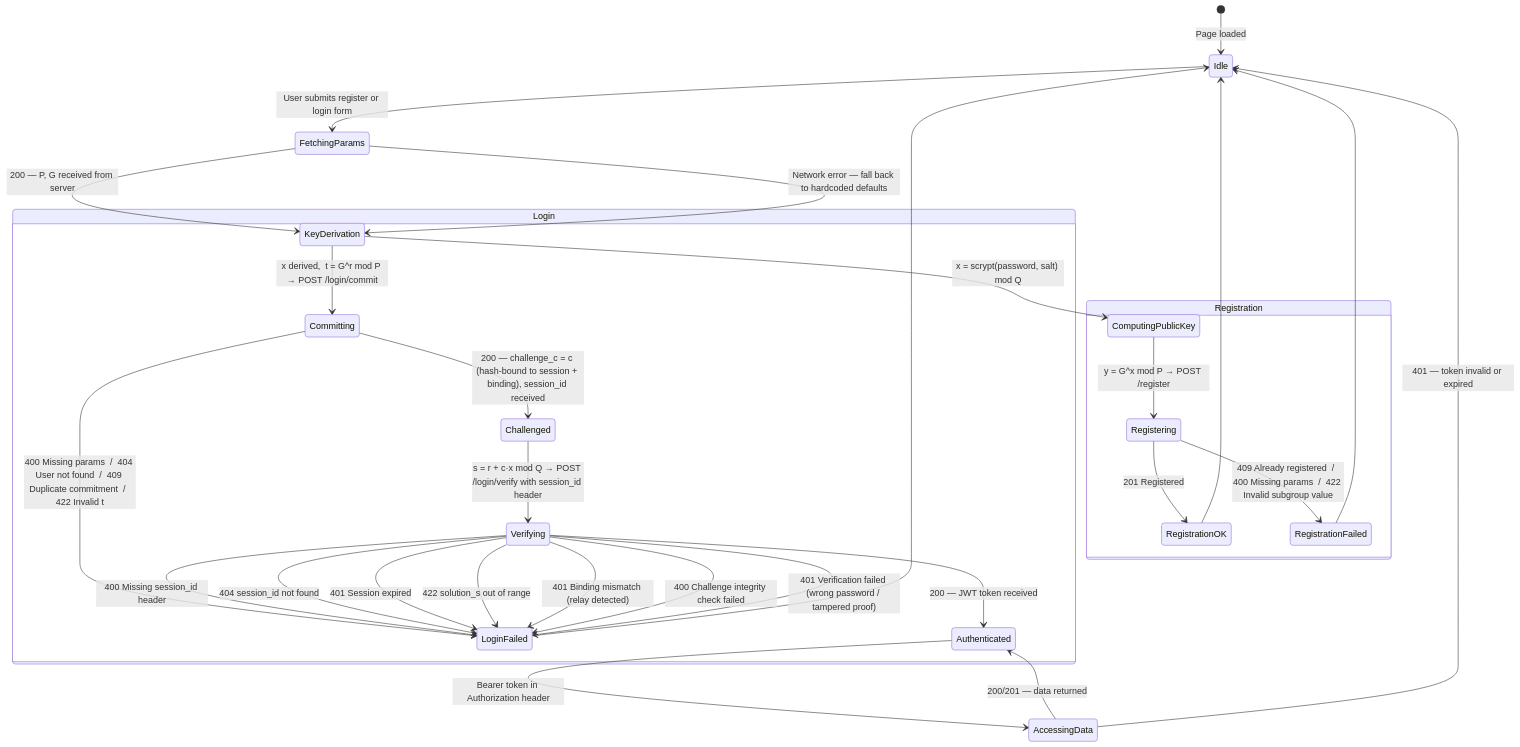
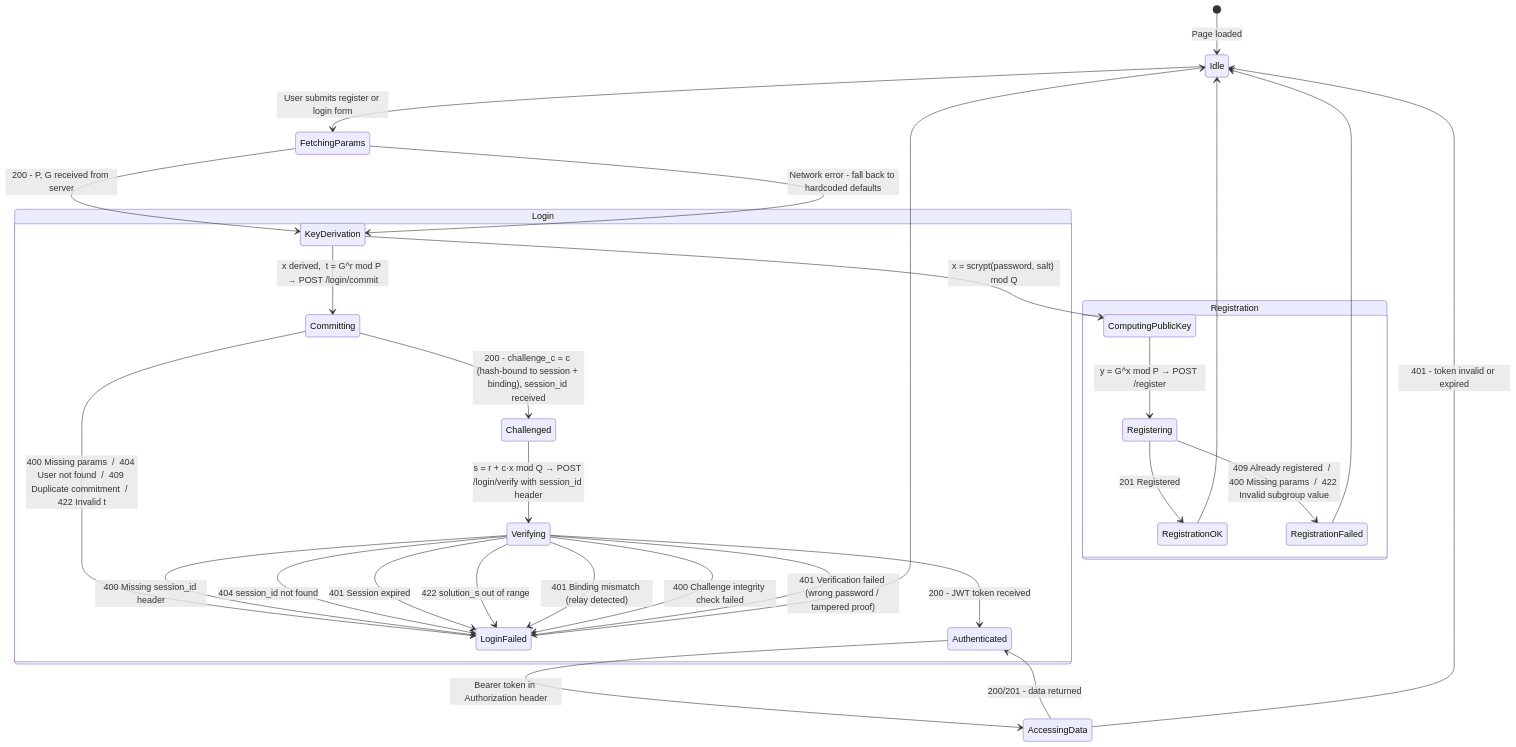
One commit to matei-rares-a/acas changed the diagram in diagrams/done_not_used/diagram_auth_state_machine.mmd. Above: the diagram before and after it, drawn with Mermaid. The commit also changed 50 other files, not shown here.

```diff
--- a/diagrams/done_not_used/diagram_auth_state_machine.mmd
+++ b/diagrams/done_not_used/diagram_auth_state_machine.mmd
@@ -1,37 +1,37 @@
 stateDiagram-v2
     [*] --> Idle : Page loaded
 
     Idle --> FetchingParams : User submits register or login form
 
-    FetchingParams --> KeyDerivation : 200 — P, G received from server
-    FetchingParams --> KeyDerivation : Network error — fall back to hardcoded defaults
+    FetchingParams --> KeyDerivation : 200 - P, G received from server
+    FetchingParams --> KeyDerivation : Network error - fall back to hardcoded defaults
 
     state Registration {
         KeyDerivation --> ComputingPublicKey : x = scrypt(password, salt) mod Q
         ComputingPublicKey --> Registering   : y = G^x mod P → POST /register
         Registering --> RegistrationOK       : 201 Registered
         Registering --> RegistrationFailed   : 409 Already registered  /  400 Missing params  /  422 Invalid subgroup value
     }
 
     state Login {
         KeyDerivation --> Committing : x derived,  t = G^r mod P → POST /login/commit
-        Committing --> Challenged    : 200 — challenge_c = c (hash-bound to session + binding), session_id received
+        Committing --> Challenged    : 200 - challenge_c = c (hash-bound to session + binding), session_id received
         Committing --> LoginFailed   : 400 Missing params  /  404 User not found  /  409 Duplicate commitment  /  422 Invalid t
         Challenged --> Verifying     : s = r + c·x mod Q → POST /login/verify with session_id header
-        Verifying --> Authenticated  : 200 — JWT token received
+        Verifying --> Authenticated  : 200 - JWT token received
         Verifying --> LoginFailed    : 400 Missing session_id header
         Verifying --> LoginFailed    : 404 session_id not found
         Verifying --> LoginFailed    : 401 Session expired
         Verifying --> LoginFailed    : 422 solution_s out of range
         Verifying --> LoginFailed    : 401 Binding mismatch (relay detected)
         Verifying --> LoginFailed    : 400 Challenge integrity check failed
         Verifying --> LoginFailed    : 401 Verification failed (wrong password / tampered proof)
     }
 
     RegistrationOK   --> Idle
     RegistrationFailed --> Idle
     LoginFailed      --> Idle
 
     Authenticated --> AccessingData  : Bearer token in Authorization header
-    AccessingData --> Authenticated  : 200/201 — data returned
-    AccessingData --> Idle           : 401 — token invalid or expired
+    AccessingData --> Authenticated  : 200/201 - data returned
+    AccessingData --> Idle           : 401 - token invalid or expired
```
